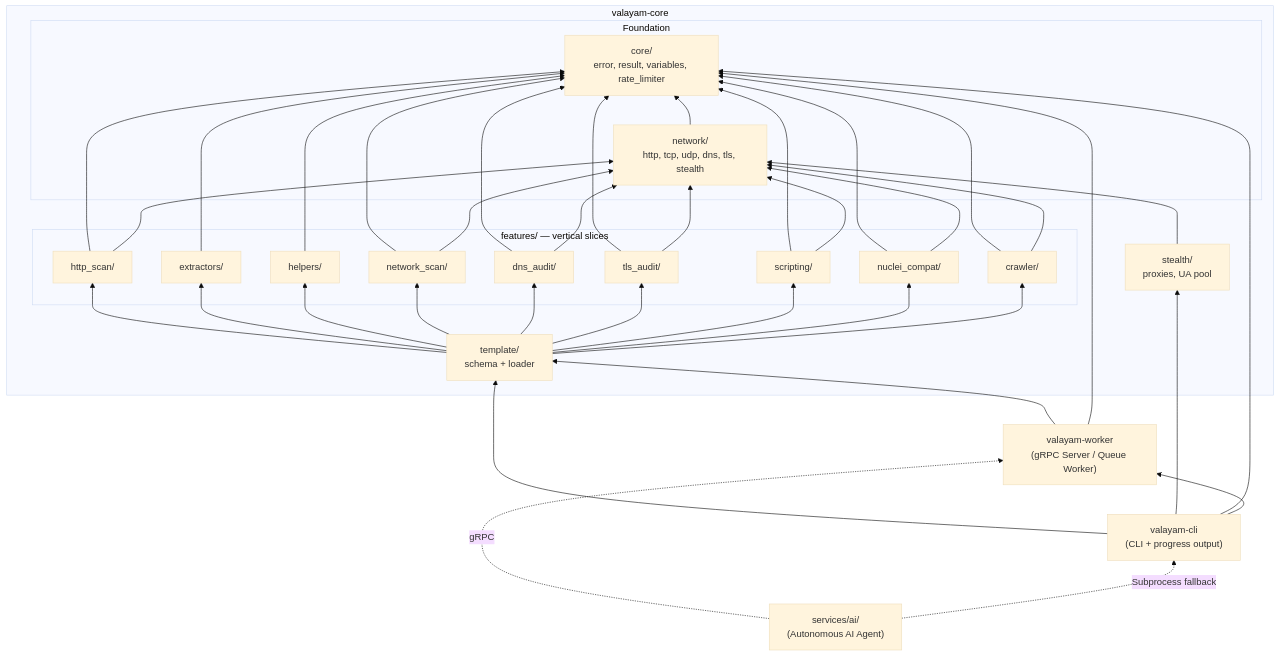
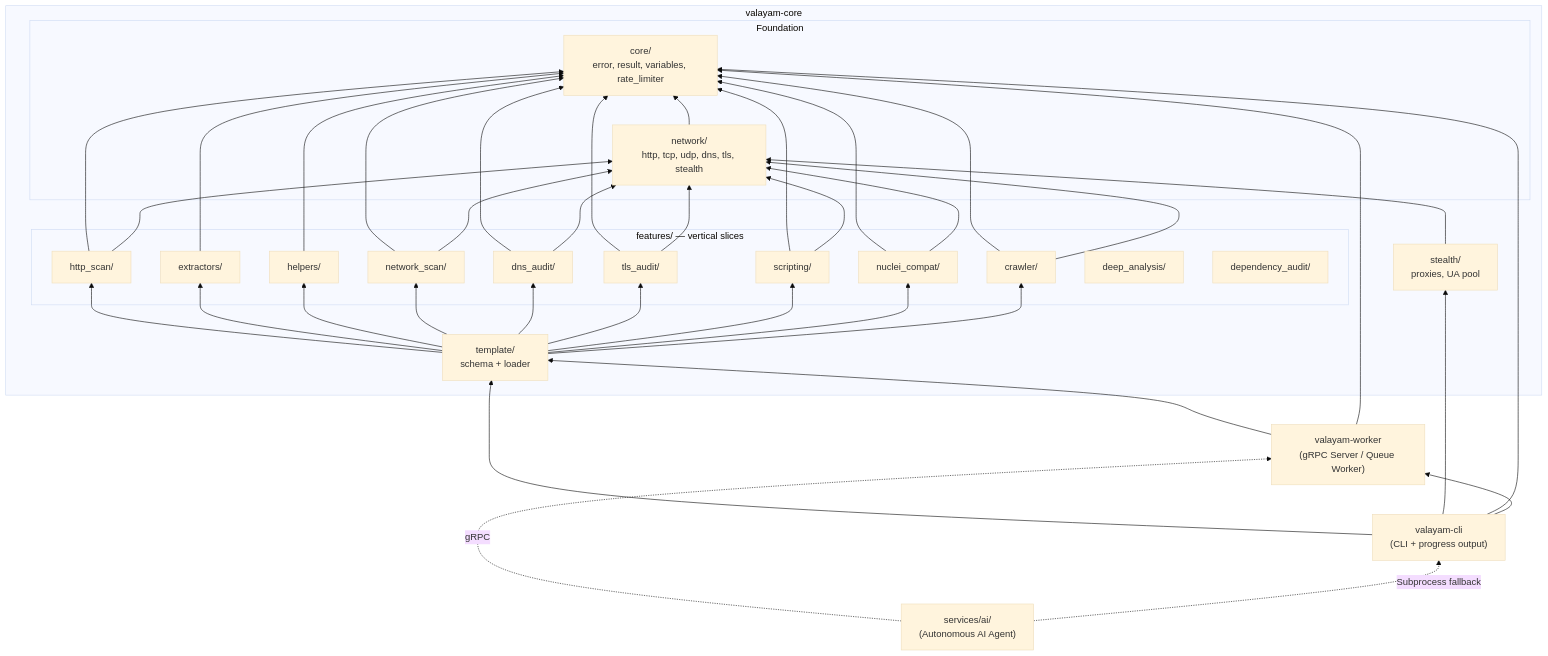
The diagram in architecture.md (1dveeran/valayam), drawn with Mermaid (base theme) before and after one commit. The commit also changed other lines of this file and 63 other files, not shown here.

````diff
--- a/architecture.md
+++ b/architecture.md
@@ -42,69 +42,71 @@
 ```mermaid
 graph BT
     subgraph Core["valayam-core"]
         subgraph Foundation
             CoreData["core/<br/>error, result, variables, rate_limiter"]
             Network["network/<br/>http, tcp, udp, dns, tls, stealth"]
         end
 
         subgraph Slices["features/ — vertical slices"]
             HTTP["http_scan/"]
             Extract["extractors/"]
             Helpers["helpers/"]
             NetScan["network_scan/"]
             DNS["dns_audit/"]
             TLS["tls_audit/"]
             Script["scripting/"]
             Nuclei["nuclei_compat/"]
             Crawler["crawler/"]
+            DeepAnalysis["deep_analysis/"]
+            DependencyAudit["dependency_audit/"]
         end
 
         Stealth["stealth/<br/>proxies, UA pool"]
         Template["template/<br/>schema + loader"]
     end
 
     CLI["valayam-cli<br/>(CLI + progress output)"]
     Worker["valayam-worker<br/>(gRPC Server / Queue Worker)"]
     AIAgent["services/ai/<br/>(Autonomous AI Agent)"]
 
     Network --> CoreData
     Stealth --> Network
 
     HTTP --> CoreData
     HTTP --> Network
     Extract --> CoreData
     Helpers --> CoreData
     NetScan --> CoreData
     NetScan --> Network
     DNS --> CoreData
     DNS --> Network
     TLS --> CoreData
     TLS --> Network
     Script --> CoreData
     Script --> Network
     Nuclei --> CoreData
     Nuclei --> Network
     Crawler --> CoreData
     Crawler --> Network
 
     Template --> HTTP
     Template --> Extract
     Template --> Helpers
     Template --> NetScan
     Template --> DNS
     Template --> TLS
     Template --> Script
     Template --> Nuclei
     Template --> Crawler
 
     CLI --> Template
     CLI --> Stealth
     CLI --> CoreData
     CLI --> Worker
 
     Worker --> Template
     Worker --> CoreData
 
     AIAgent -.->|gRPC| Worker
     AIAgent -.->|Subprocess fallback| CLI
 ```
````
